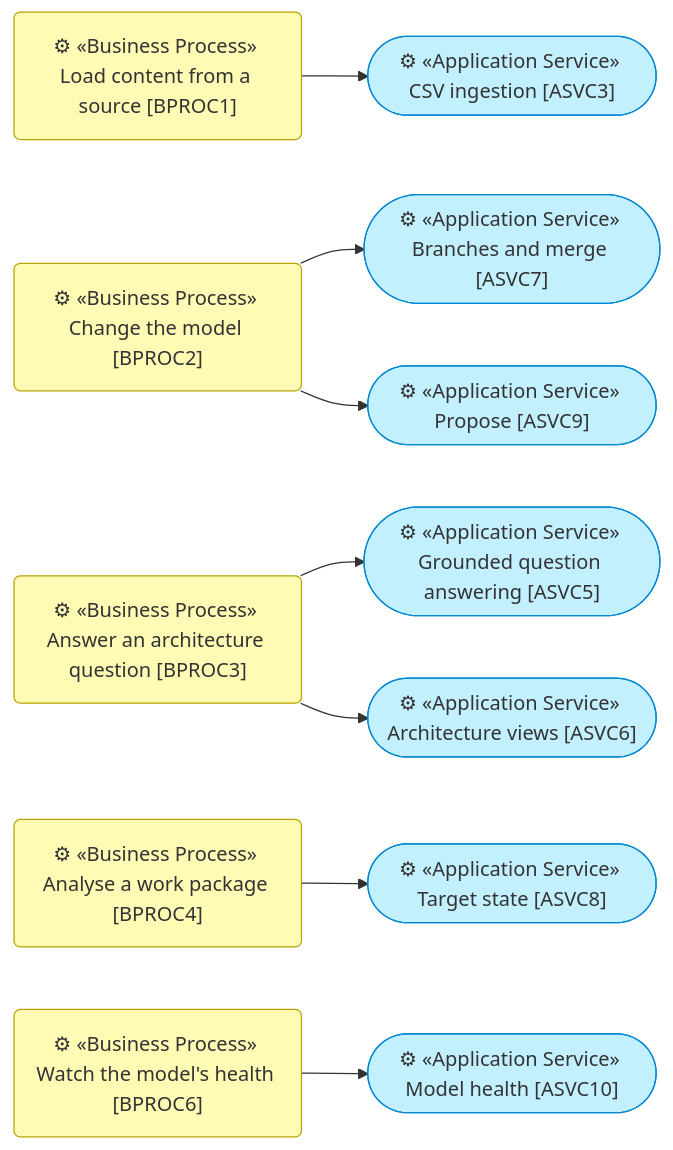
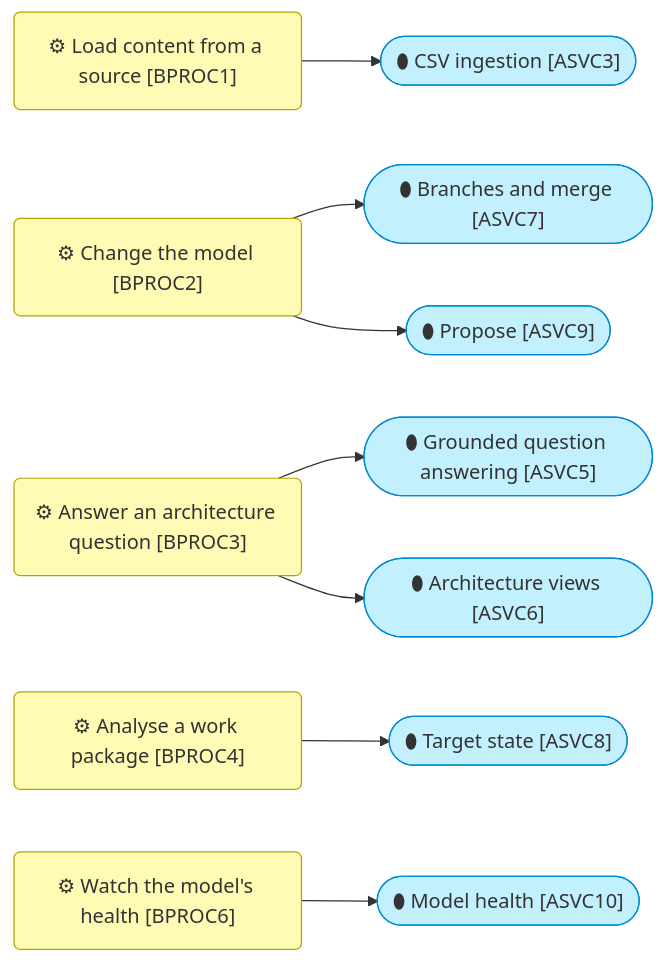
One commit to bocanegratqut/dbx-enterprise-architecture changed the fourth of 4 diagrams in architecture/2_business/2_processes-and-services.md. Above: the diagram before and after it, drawn with Mermaid. The commit also changed other lines of this file and 25 other files, not shown here.

````diff
--- a/architecture/2_business/2_processes-and-services.md
+++ b/architecture/2_business/2_processes-and-services.md
@@ -57,25 +90,25 @@
 ```mermaid
 flowchart LR
-  p1("⚙ «Business Process» Load content from a source [BPROC1]"):::business
-  p2("⚙ «Business Process» Change the model [BPROC2]"):::business
-  p3("⚙ «Business Process» Answer an architecture question [BPROC3]"):::business
-  p4("⚙ «Business Process» Analyse a work package [BPROC4]"):::business
-  p6("⚙ «Business Process» Watch the model's health [BPROC6]"):::business
-  ingest(["⚙ «Application Service» CSV ingestion [ASVC3]"]):::application
-  branches(["⚙ «Application Service» Branches and merge [ASVC7]"]):::application
-  propose(["⚙ «Application Service» Propose [ASVC9]"]):::application
-  ask(["⚙ «Application Service» Grounded question answering [ASVC5]"]):::application
-  views(["⚙ «Application Service» Architecture views [ASVC6]"]):::application
-  target(["⚙ «Application Service» Target state [ASVC8]"]):::application
-  health(["⚙ «Application Service» Model health [ASVC10]"]):::application
+  p1("⚙ Load content from a source [BPROC1]"):::business
+  p2("⚙ Change the model [BPROC2]"):::business
+  p3("⚙ Answer an architecture question [BPROC3]"):::business
+  p4("⚙ Analyse a work package [BPROC4]"):::business
+  p6("⚙ Watch the model's health [BPROC6]"):::business
+  ingest(["⬮ CSV ingestion [ASVC3]"]):::application
+  branches(["⬮ Branches and merge [ASVC7]"]):::application
+  propose(["⬮ Propose [ASVC9]"]):::application
+  ask(["⬮ Grounded question answering [ASVC5]"]):::application
+  views(["⬮ Architecture views [ASVC6]"]):::application
+  target(["⬮ Target state [ASVC8]"]):::application
+  health(["⬮ Model health [ASVC10]"]):::application
   p1 --> ingest
   p2 --> branches
   p2 --> propose
   p3 --> ask
   p3 --> views
   p4 --> target
   p6 --> health
 
   classDef business fill:#fffbb5,stroke:#b8a200,color:#333
   classDef application fill:#c2f0ff,stroke:#0288d1,color:#333
 ```
````
